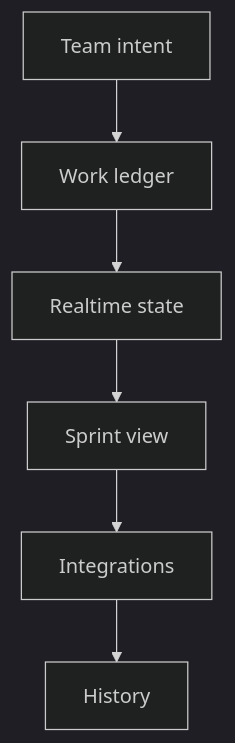
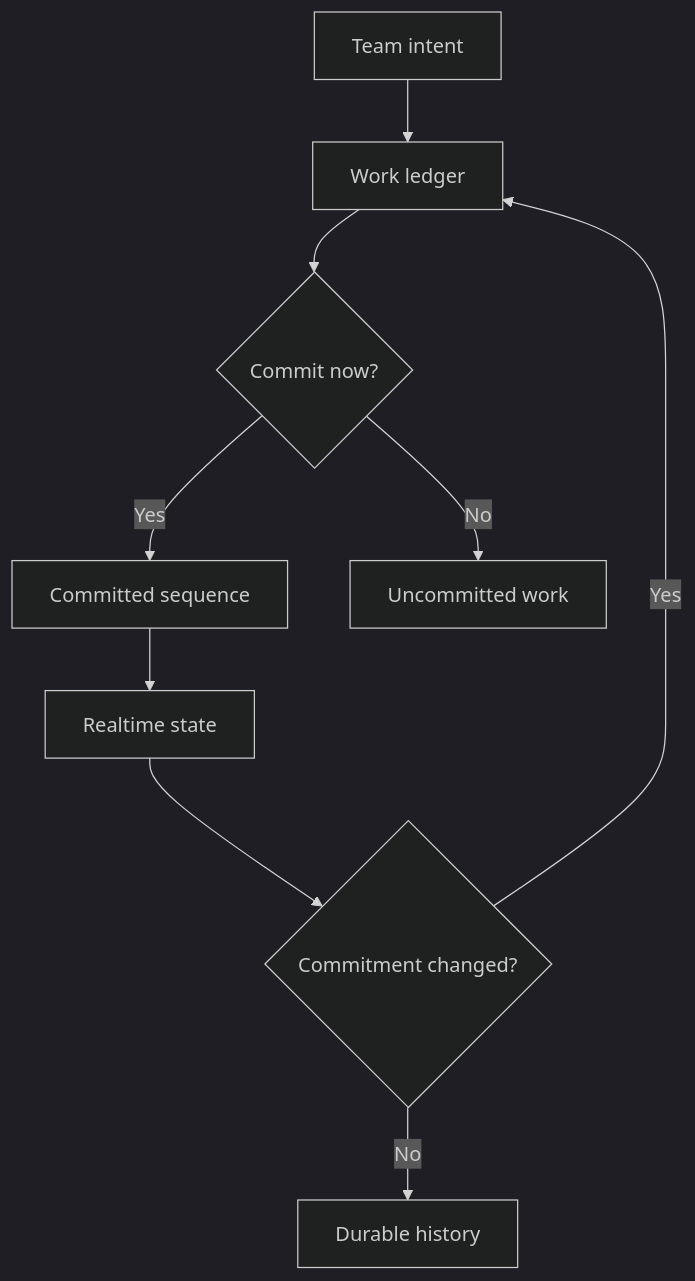
The diagram in README.md (J0UH/cadence-work-management), drawn with Mermaid (dark theme) before and after one commit. The commit also changed other lines of this file and 2 other files, not shown here.

Commit message:
docs: refine project portfolio

````diff
--- a/README.md
+++ b/README.md
@@ -25,14 +27,13 @@
 ```mermaid
 flowchart TD
-    n0["Team intent"]
-    n1["Work ledger"]
-    n2["Realtime state"]
-    n3["Sprint view"]
-    n4["Integrations"]
-    n5["History"]
-    n0 --> n1
-    n1 --> n2
-    n2 --> n3
-    n3 --> n4
-    n4 --> n5
+accTitle: Cadence work management
+accDescr: Work crosses an explicit commitment boundary before entering a sprint. Changes return through the ledger instead of silently rewriting the plan, leaving a durable record of what was promised.
+    intent["Team intent"] --> backlog["Work ledger"]
+    backlog --> commit{"Commit now?"}
+    commit -->|Yes| sprint["Committed sequence"]
+    commit -->|No| uncommitted["Uncommitted work"]
+    sprint --> realtime["Realtime state"]
+    realtime --> changed{"Commitment changed?"}
+    changed -->|Yes| backlog
+    changed -->|No| history["Durable history"]
 ```
````
